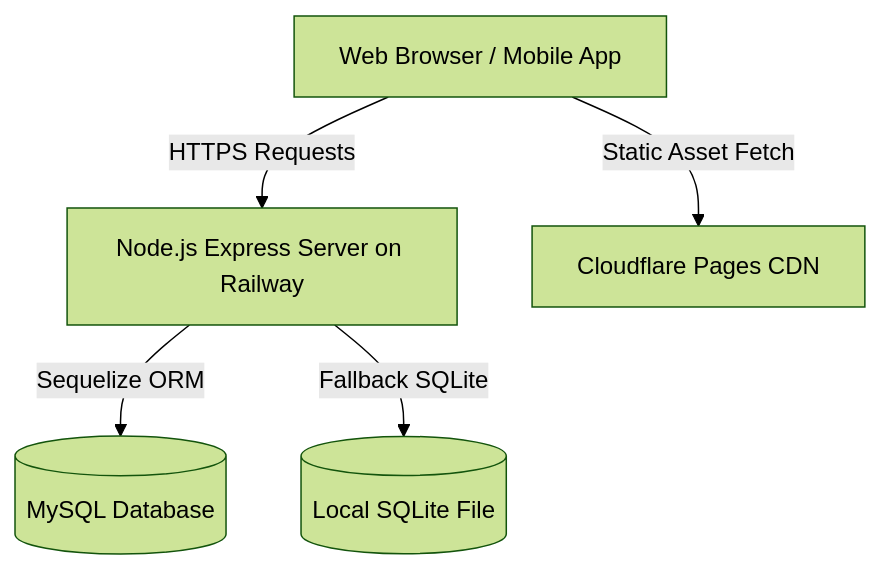
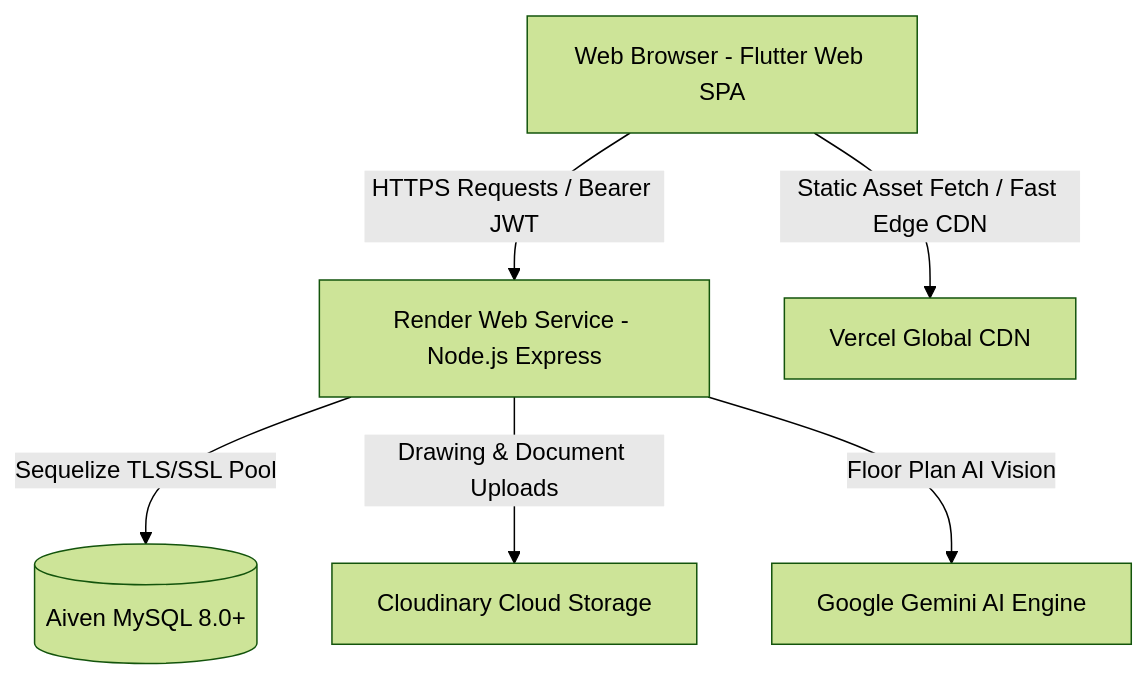
One commit to soundhararajanmuthuvel-hub/vian-erp changed the diagram in docs/deployment_guide.md. Above: the diagram before and after it, drawn with Mermaid (forest theme). The commit also changed other lines of this file and 24 other files, not shown here.

Commit message:
feat(infra): migrate production infrastructure to Vercel, Render, and Aiven MySQL

````diff
--- a/docs/deployment_guide.md
+++ b/docs/deployment_guide.md
@@ -11,7 +9,8 @@
 ```mermaid
 graph TD
-    Client[Web Browser / Mobile App] -->|HTTPS Requests| Backend[Node.js Express Server on Railway]
-    Client -->|Static Asset Fetch| Cloudflare[Cloudflare Pages CDN]
-    Backend -->|Sequelize ORM| MySQL[(MySQL Database)]
-    Backend -->|Fallback SQLite| SQLite[(Local SQLite File)]
+    Client[Web Browser - Flutter Web SPA] -->|HTTPS Requests / Bearer JWT| Render[Render Web Service - Node.js Express]
+    Client -->|Static Asset Fetch / Fast Edge CDN| Vercel[Vercel Global CDN]
+    Render -->|Sequelize TLS/SSL Pool| Aiven[(Aiven MySQL 8.0+)]
+    Render -->|Drawing & Document Uploads| Cloudinary[Cloudinary Cloud Storage]
+    Render -->|Floor Plan AI Vision| Gemini[Google Gemini AI Engine]
 ```
````
